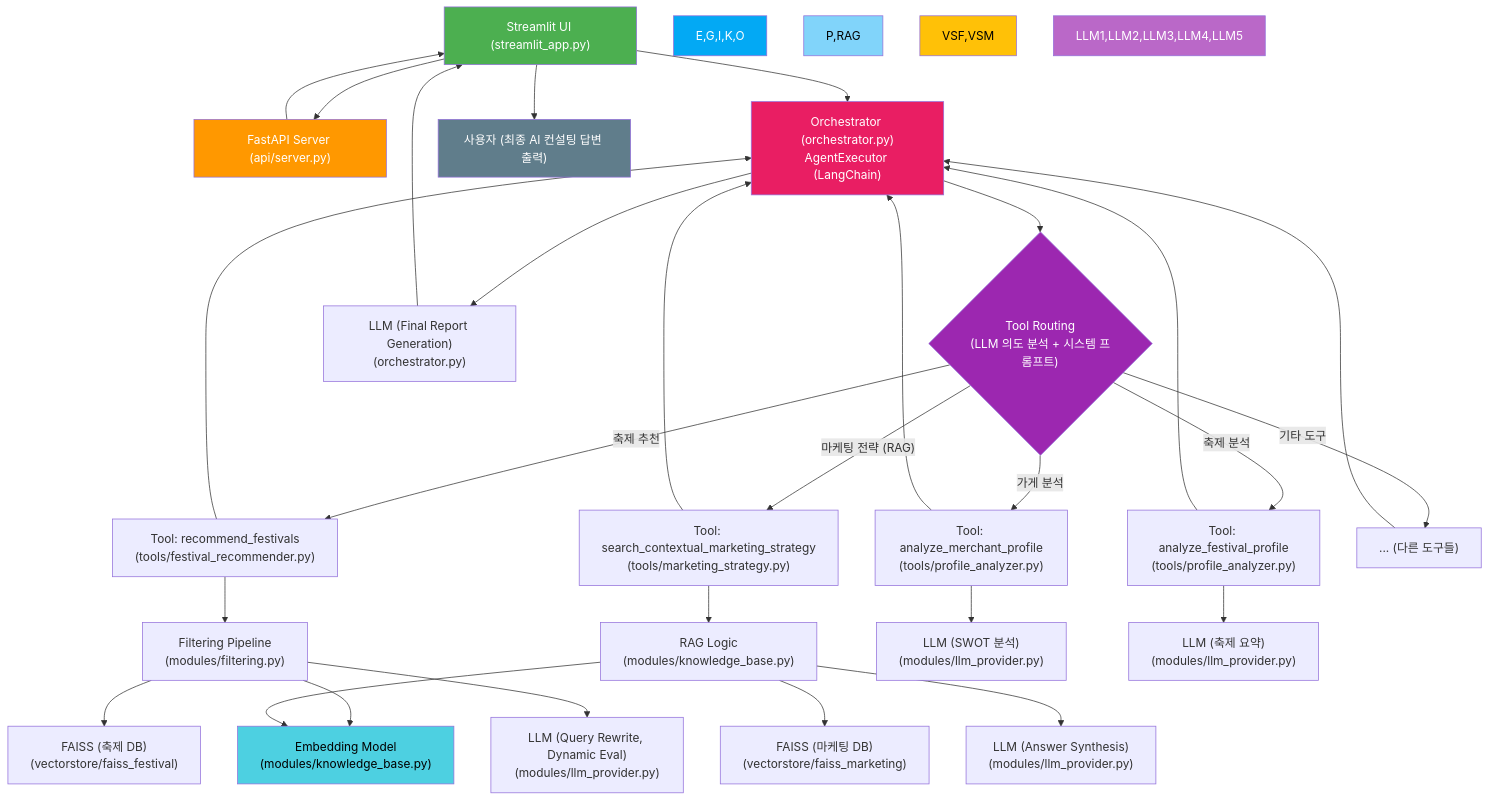
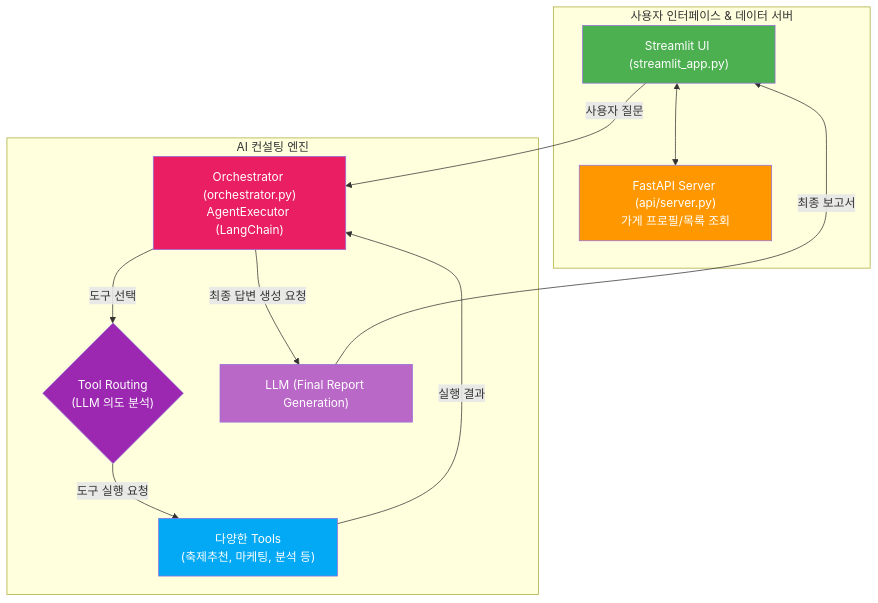
One commit to Synapse-Bigcontest/2025_bigcontest changed the first of 4 diagrams in README.md. Above: the diagram before and after it, drawn with Mermaid. The commit also changed other lines of this file, not shown here.

````diff
--- a/README.md
+++ b/README.md
@@ -80,55 +84,28 @@
 ```mermaid
 graph TD
-    A["Streamlit UI (streamlit_app.py)"] --> B["FastAPI Server (api/server.py)"]
-    B --> A
+    subgraph "사용자 인터페이스 & 데이터 서버"
+        A["Streamlit UI (streamlit_app.py)"] <--> B["FastAPI Server (api/server.py)\n가게 프로필/목록 조회"]
+    end
 
-    A --> C["Orchestrator (orchestrator.py)\nAgentExecutor (LangChain)"]
+    subgraph "AI 컨설팅 엔진"
+        C["Orchestrator (orchestrator.py)\nAgentExecutor (LangChain)"]
+        D{"Tool Routing\n(LLM 의도 분석)"}
+        T["다양한 Tools\n(축제추천, 마케팅, 분석 등)"]
+        LLM_Final["LLM (Final Report Generation)"]
+    end
 
-    C --> D{"Tool Routing\n(LLM 의도 분석 + 시스템 프롬프트)"}
+    A -- 사용자 질문 --> C
+    C -- 도구 선택 --> D
+    D -- 도구 실행 요청 --> T
+    T -- 실행 결과 --> C
+    C -- 최종 답변 생성 요청 --> LLM_Final
+    LLM_Final -- 최종 보고서 --> A
 
-    %% 도구들
-    D -- 축제 추천 --> E["Tool: recommend_festivals\n(tools/festival_recommender.py)"]
-    D -- 마케팅 전략 (RAG) --> G["Tool: search_contextual_marketing_strategy\n(tools/marketing_strategy.py)"]
-    D -- 가게 분석 --> I["Tool: analyze_merchant_profile\n(tools/profile_analyzer.py)"]
-    D -- 축제 분석 --> K["Tool: analyze_festival_profile\n(tools/profile_analyzer.py)"]
-    D -- 기타 도구 --> O["... (다른 도구들)"]
-
-    %% 도구의 의존성
-    E --> P["Filtering Pipeline\n(modules/filtering.py)"]
-    P --> EM["Embedding Model\n(modules/knowledge_base.py)"]
-    P --> VSF["FAISS (축제 DB)\n(vectorstore/faiss_festival)"]
-    P --> LLM1["LLM (Query Rewrite, Dynamic Eval)\n(modules/llm_provider.py)"]
-
-
-    G --> RAG["RAG Logic\n(modules/knowledge_base.py)"]
-    RAG --> EM
-    RAG --> VSM["FAISS (마케팅 DB)\n(vectorstore/faiss_marketing)"]
-    RAG --> LLM2["LLM (Answer Synthesis)\n(modules/llm_provider.py)"]
-
-    I --> LLM3["LLM (SWOT 분석)\n(modules/llm_provider.py)"]
-    K --> LLM4["LLM (축제 요약)\n(modules/llm_provider.py)"]
-
-    %% 도구 결과 취합
-    E --> C
-    G --> C
-    I --> C
-    K --> C
-    O --> C
-
-    %% 최종 답변 생성 및 출력
-    C --> LLM5["LLM (Final Report Generation)\n(orchestrator.py)"]
-    LLM5 --> A
-    A --> M["사용자 (최종 AI 컨설팅 답변 출력)"]
-
-    %% --- Styling ---
+    %% Styling
     style A fill:#4CAF50,color:#fff
     style B fill:#FF9800,color:#fff
     style C fill:#E91E63,color:#fff
     style D fill:#9C27B0,color:#fff
-    style E,G,I,K,O fill:#03A9F4,color:#fff
-    style P,RAG fill:#81D4FA,color:#000
-    style VSF,VSM fill:#FFC107,color:#000
-    style EM fill:#4DD0E1,color:#000
-    style LLM1,LLM2,LLM3,LLM4,LLM5 fill:#BA68C8,color:#fff
-    style M fill:#607D8B,color:#fff
+    style T fill:#03A9F4,color:#fff
+    style LLM_Final fill:#BA68C8,color:#fff
 ```
````
